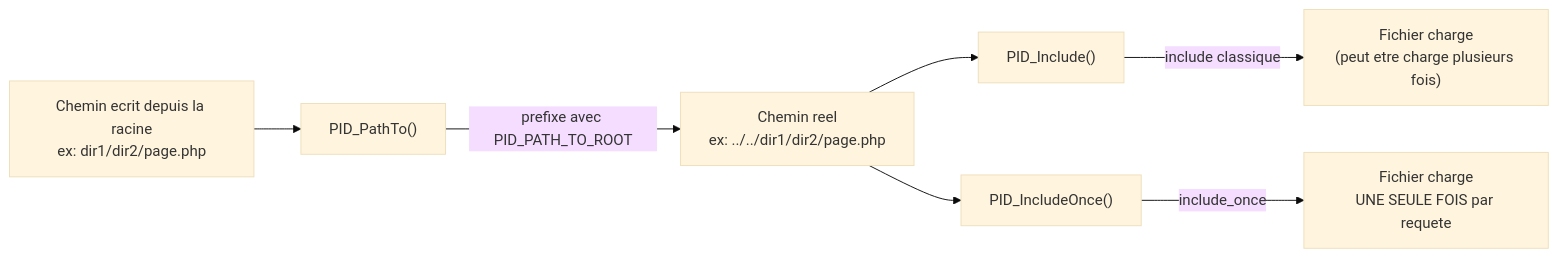
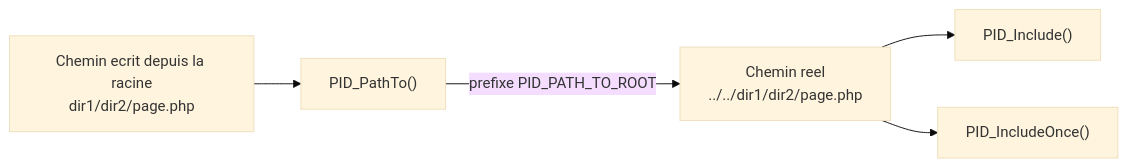
One commit to ernesthdj/PID changed the diagram in docs/academique/PID_PathTo, PID_Include et PID_IncludeOnce.md. Above: the diagram before and after it, drawn with Mermaid (base theme). The commit also changed other lines of this file and 27 other files, not shown here.

````diff
--- a/docs/academique/PID_PathTo, PID_Include et PID_IncludeOnce.md
+++ b/docs/academique/PID_PathTo, PID_Include et PID_IncludeOnce.md
@@ -49,9 +20,7 @@
 ```mermaid
 flowchart LR
-    U["Chemin ecrit depuis la racine<br/>ex: dir1/dir2/page.php"] --> PT["PID_PathTo()"]
-    PT -->|prefixe avec PID_PATH_TO_ROOT| A["Chemin reel<br/>ex: ../../dir1/dir2/page.php"]
+    U["Chemin ecrit depuis la racine<br/>dir1/dir2/page.php"] --> PT["PID_PathTo()"]
+    PT -->|"prefixe PID_PATH_TO_ROOT"| A["Chemin reel<br/>../../dir1/dir2/page.php"]
     A --> PI["PID_Include()"]
     A --> PIO["PID_IncludeOnce()"]
-    PI -->|include classique| F1["Fichier charge<br/>(peut etre charge plusieurs fois)"]
-    PIO -->|include_once| F2["Fichier charge<br/>UNE SEULE FOIS par requete"]
 ```
````
